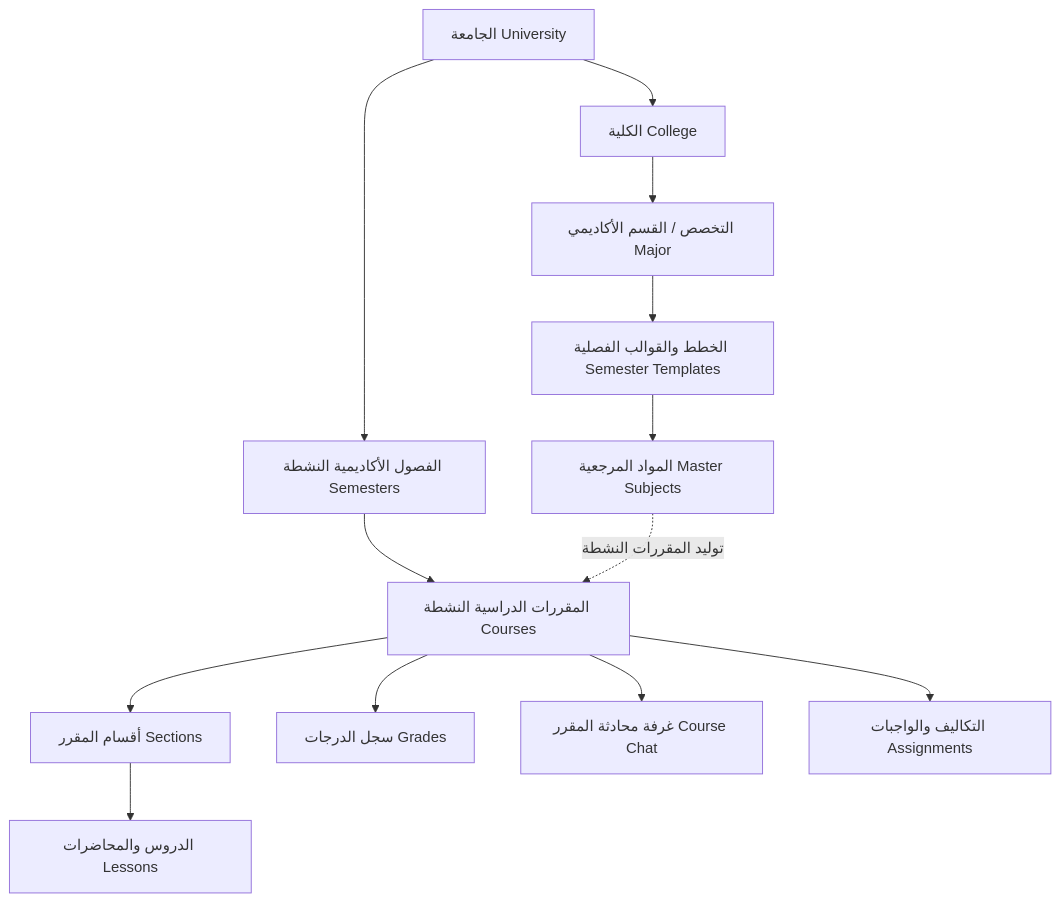
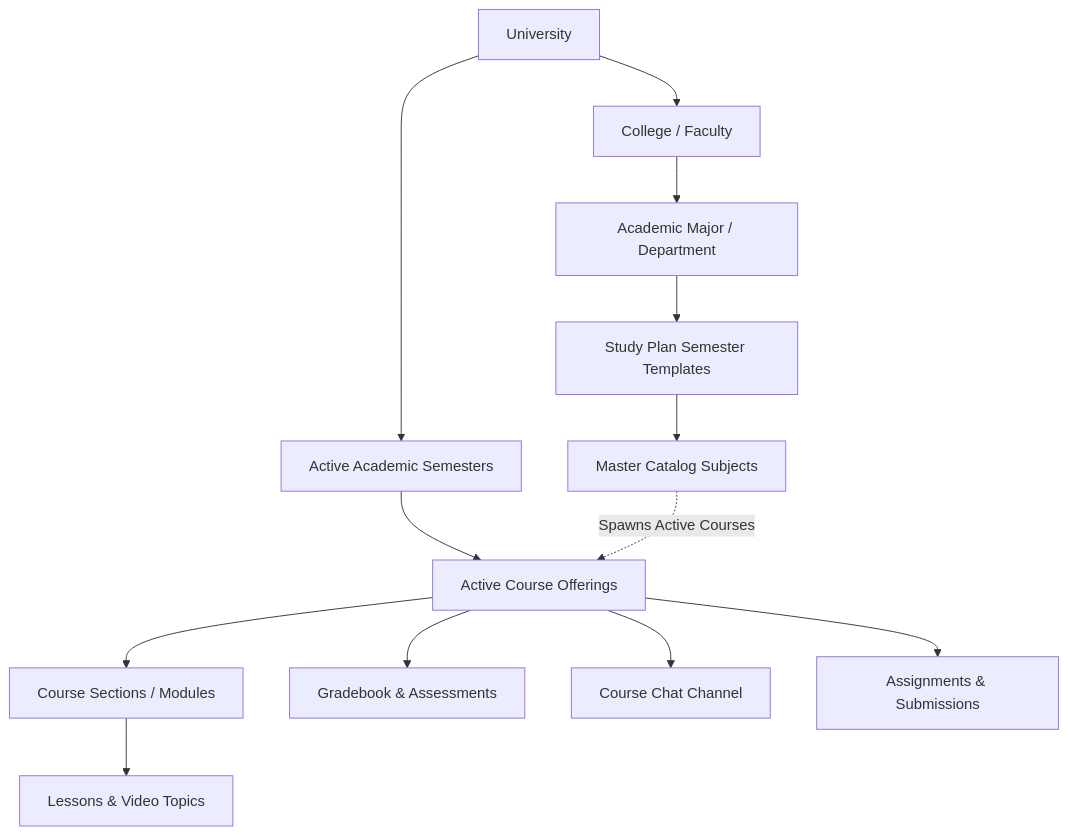
The diagram in docs/superpowers/specs/2026-10-13-gahbaz-business-requirements.md (O2sa/Gahbaz), drawn with Mermaid before and after one commit. The commit also changed other lines of this file, not shown here.

````diff
--- a/docs/superpowers/specs/2026-10-13-gahbaz-business-requirements.md
+++ b/docs/superpowers/specs/2026-10-13-gahbaz-business-requirements.md
@@ -27,15 +28,15 @@
 ```mermaid
 graph TD
-    U["الجامعة University"] --> C["الكلية College"]
-    C --> M["التخصص / القسم الأكاديمي Major"]
-    M --> ST["الخطط والقوالب الفصلية Semester Templates"]
-    ST --> S["المواد المرجعية Master Subjects"]
-    U --> AS["الفصول الأكاديمية النشطة Semesters"]
-    AS --> CO["المقررات الدراسية النشطة Courses"]
-    S -.->|توليد المقررات النشطة| CO
-    CO --> SEC["أقسام المقرر Sections"]
-    SEC --> LES["الدروس والمحاضرات Lessons"]
-    CO --> GR["سجل الدرجات Grades"]
-    CO --> CH["غرفة محادثة المقرر Course Chat"]
-    CO --> ASG["التكاليف والواجبات Assignments"]
+    U["University"] --> C["College / Faculty"]
+    C --> M["Academic Major / Department"]
+    M --> ST["Study Plan Semester Templates"]
+    ST --> S["Master Catalog Subjects"]
+    U --> AS["Active Academic Semesters"]
+    AS --> CO["Active Course Offerings"]
+    S -.->|Spawns Active Courses| CO
+    CO --> SEC["Course Sections / Modules"]
+    SEC --> LES["Lessons & Video Topics"]
+    CO --> GR["Gradebook & Assessments"]
+    CO --> CH["Course Chat Channel"]
+    CO --> ASG["Assignments & Submissions"]
 ```
````
